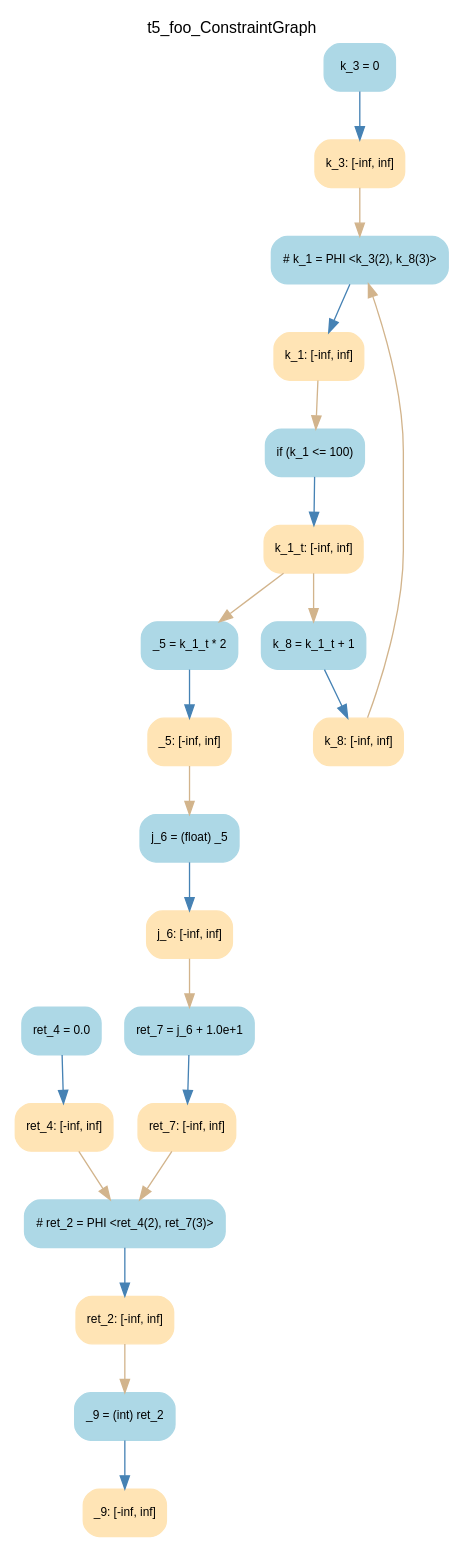
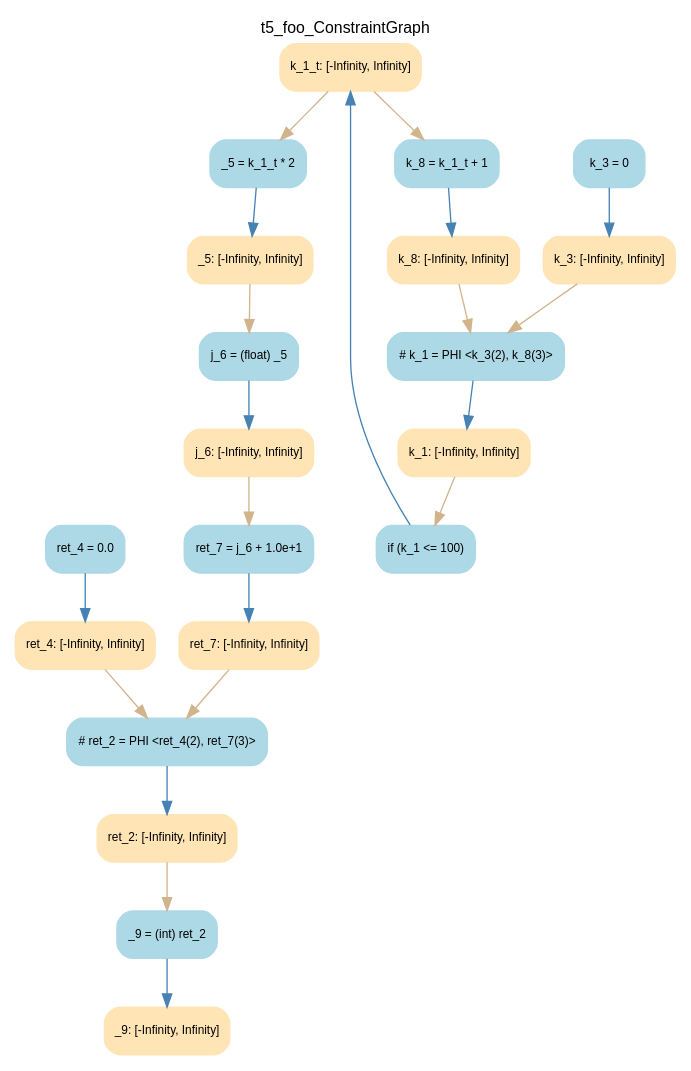
Before and after one commit to DeleteMemoryyy/RangeAnalysis: the diagram in dot/t5_foo_ConstraintGraph.dot, drawn with Graphviz. The commit also changed 45 other files, not shown here.

```diff
--- a/dot/t5_foo_ConstraintGraph.dot
+++ b/dot/t5_foo_ConstraintGraph.dot
@@ -1,51 +1,51 @@
 digraph t5_foo_ConstraintGraph { 
 	label=t5_foo_ConstraintGraph
 	center=true
 	labelloc=top
 	fontname=Arial
 	fontsize=12
 	edge[fontname=Arial, fontsize=10]
 	node[fontname=Arial, fontsize=9]
 
 		Node_0 -> Node_1 [color=steelblue]
 		Node_2 -> Node_3 [color=steelblue]
 		Node_4 -> Node_5 [color=steelblue]
 		Node_6 -> Node_7 [color=steelblue]
 		Node_8 -> Node_9 [color=steelblue]
 		Node_10 -> Node_11 [color=steelblue]
 		Node_12 -> Node_13 [color=steelblue]
 		Node_14 -> Node_15 [color=steelblue]
 		Node_16 -> Node_17 [color=steelblue]
 		Node_18 -> Node_19 [color=steelblue]
-		Node_13 -> Node_0 [color=tan]
-		Node_5 -> Node_6 [color=tan]
-		Node_3 -> Node_4 [color=tan]
-		Node_15 -> Node_4 [color=tan]
+		Node_3 -> Node_14 [color=tan]
+		Node_15 -> Node_12 [color=tan]
 		Node_1 -> Node_18 [color=tan]
-		Node_9 -> Node_10 [color=tan]
-		Node_11 -> Node_2 [color=tan]
-		Node_19 -> Node_8 [color=tan]
-		Node_19 -> Node_12 [color=tan]
-		Node_17 -> Node_0 [color=tan]
+		Node_5 -> Node_0 [color=tan]
+		Node_17 -> Node_14 [color=tan]
+		Node_7 -> Node_10 [color=tan]
+		Node_13 -> Node_8 [color=tan]
+		Node_13 -> Node_16 [color=tan]
+		Node_11 -> Node_0 [color=tan]
+		Node_9 -> Node_6 [color=tan]
 
-	Node_0 [fillcolor=lightblue, color=lightblue, shape=Mrecord, style=filled, label="{ # k_1 = PHI \<k_3(2), k_8(3)\> }"]
-	Node_2 [fillcolor=lightblue, color=lightblue, shape=Mrecord, style=filled, label="{ ret_7 = j_6 + 1.0e+1 }"]
-	Node_4 [fillcolor=lightblue, color=lightblue, shape=Mrecord, style=filled, label="{ # ret_2 = PHI \<ret_4(2), ret_7(3)\> }"]
-	Node_6 [fillcolor=lightblue, color=lightblue, shape=Mrecord, style=filled, label="{ _9 = (int) ret_2 }"]
+	Node_0 [fillcolor=lightblue, color=lightblue, shape=Mrecord, style=filled, label="{ # ret_2 = PHI \<ret_4(2), ret_7(3)\> }"]
+	Node_2 [fillcolor=lightblue, color=lightblue, shape=Mrecord, style=filled, label="{ k_3 = 0 }"]
+	Node_4 [fillcolor=lightblue, color=lightblue, shape=Mrecord, style=filled, label="{ ret_4 = 0.0 }"]
+	Node_6 [fillcolor=lightblue, color=lightblue, shape=Mrecord, style=filled, label="{ j_6 = (float) _5 }"]
 	Node_8 [fillcolor=lightblue, color=lightblue, shape=Mrecord, style=filled, label="{ _5 = k_1_t * 2 }"]
-	Node_10 [fillcolor=lightblue, color=lightblue, shape=Mrecord, style=filled, label="{ j_6 = (float) _5 }"]
-	Node_12 [fillcolor=lightblue, color=lightblue, shape=Mrecord, style=filled, label="{ k_8 = k_1_t + 1 }"]
-	Node_14 [fillcolor=lightblue, color=lightblue, shape=Mrecord, style=filled, label="{ ret_4 = 0.0 }"]
-	Node_16 [fillcolor=lightblue, color=lightblue, shape=Mrecord, style=filled, label="{ k_3 = 0 }"]
-	Node_18 [fillcolor=lightblue, color=lightblue, shape=Mrecord, style=filled, label="{ if (k_1 \<= 100) }"]
-	Node_13 [fillcolor=moccasin, color=moccasin, shape=Mrecord, style=filled, label="{ k_8: \[-inf, inf\] }"]
-	Node_5 [fillcolor=moccasin, color=moccasin, shape=Mrecord, style=filled, label="{ ret_2: \[-inf, inf\] }"]
-	Node_3 [fillcolor=moccasin, color=moccasin, shape=Mrecord, style=filled, label="{ ret_7: \[-inf, inf\] }"]
-	Node_7 [fillcolor=moccasin, color=moccasin, shape=Mrecord, style=filled, label="{ _9: \[-inf, inf\] }"]
-	Node_15 [fillcolor=moccasin, color=moccasin, shape=Mrecord, style=filled, label="{ ret_4: \[-inf, inf\] }"]
-	Node_1 [fillcolor=moccasin, color=moccasin, shape=Mrecord, style=filled, label="{ k_1: \[-inf, inf\] }"]
-	Node_9 [fillcolor=moccasin, color=moccasin, shape=Mrecord, style=filled, label="{ _5: \[-inf, inf\] }"]
-	Node_11 [fillcolor=moccasin, color=moccasin, shape=Mrecord, style=filled, label="{ j_6: \[-inf, inf\] }"]
-	Node_19 [fillcolor=moccasin, color=moccasin, shape=Mrecord, style=filled, label="{ k_1_t: \[-inf, inf\] }"]
-	Node_17 [fillcolor=moccasin, color=moccasin, shape=Mrecord, style=filled, label="{ k_3: \[-inf, inf\] }"]
+	Node_10 [fillcolor=lightblue, color=lightblue, shape=Mrecord, style=filled, label="{ ret_7 = j_6 + 1.0e+1 }"]
+	Node_12 [fillcolor=lightblue, color=lightblue, shape=Mrecord, style=filled, label="{ if (k_1 \<= 100) }"]
+	Node_14 [fillcolor=lightblue, color=lightblue, shape=Mrecord, style=filled, label="{ # k_1 = PHI \<k_3(2), k_8(3)\> }"]
+	Node_16 [fillcolor=lightblue, color=lightblue, shape=Mrecord, style=filled, label="{ k_8 = k_1_t + 1 }"]
+	Node_18 [fillcolor=lightblue, color=lightblue, shape=Mrecord, style=filled, label="{ _9 = (int) ret_2 }"]
+	Node_3 [fillcolor=moccasin, color=moccasin, shape=Mrecord, style=filled, label="{ k_3: \[-Infinity, Infinity\] }"]
+	Node_15 [fillcolor=moccasin, color=moccasin, shape=Mrecord, style=filled, label="{ k_1: \[-Infinity, Infinity\] }"]
+	Node_19 [fillcolor=moccasin, color=moccasin, shape=Mrecord, style=filled, label="{ _9: \[-Infinity, Infinity\] }"]
+	Node_1 [fillcolor=moccasin, color=moccasin, shape=Mrecord, style=filled, label="{ ret_2: \[-Infinity, Infinity\] }"]
+	Node_5 [fillcolor=moccasin, color=moccasin, shape=Mrecord, style=filled, label="{ ret_4: \[-Infinity, Infinity\] }"]
+	Node_17 [fillcolor=moccasin, color=moccasin, shape=Mrecord, style=filled, label="{ k_8: \[-Infinity, Infinity\] }"]
+	Node_7 [fillcolor=moccasin, color=moccasin, shape=Mrecord, style=filled, label="{ j_6: \[-Infinity, Infinity\] }"]
+	Node_13 [fillcolor=moccasin, color=moccasin, shape=Mrecord, style=filled, label="{ k_1_t: \[-Infinity, Infinity\] }"]
+	Node_11 [fillcolor=moccasin, color=moccasin, shape=Mrecord, style=filled, label="{ ret_7: \[-Infinity, Infinity\] }"]
+	Node_9 [fillcolor=moccasin, color=moccasin, shape=Mrecord, style=filled, label="{ _5: \[-Infinity, Infinity\] }"]
 }
```
